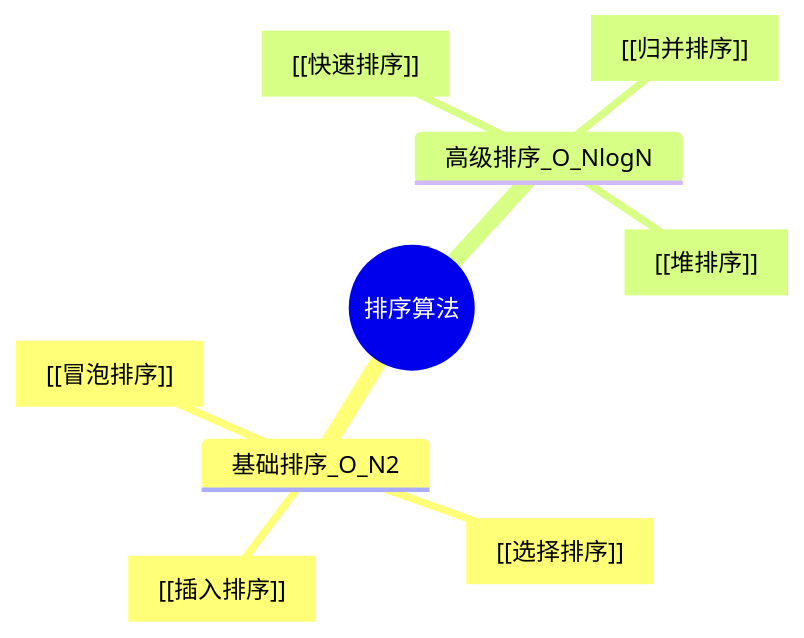
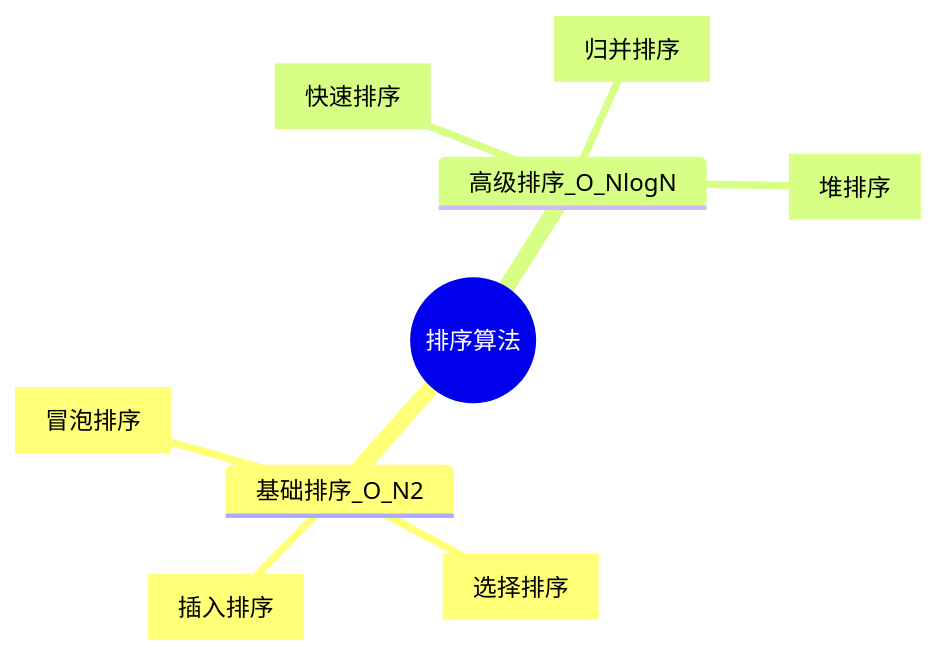
The diagram in algo/排序/index.md (QIUYUSCL/algorithm-wiki), drawn with Mermaid before and after one commit. The commit also changed other lines of this file and 13 other files, not shown here.

````diff
--- a/algo/排序/index.md
+++ b/algo/排序/index.md
@@ -16,12 +16,12 @@
 ```mermaid
 mindmap
   root((排序算法))
     基础排序_O_N2
-      ["[[冒泡排序]]"]
-      ["[[选择排序]]"]
-      ["[[插入排序]]"]
+      ["冒泡排序"]
+      ["选择排序"]
+      ["插入排序"]
     高级排序_O_NlogN
-      ["[[快速排序]]"]
-      ["[[归并排序]]"]
-      ["[[堆排序]]"]
+      ["快速排序"]
+      ["归并排序"]
+      ["堆排序"]
 ```
````
